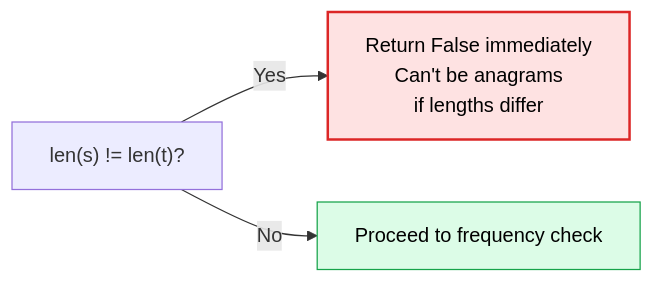
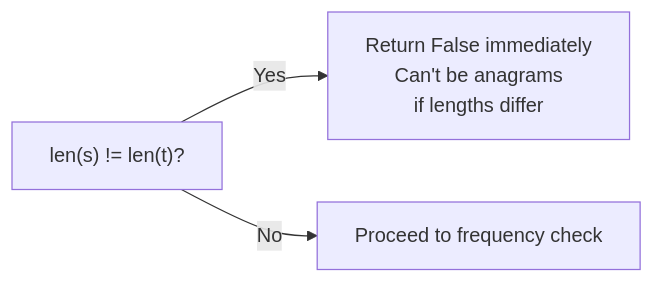
One commit to M-F-Tushar/LeetCode-Problem-Solving changed the third of 15 diagrams in 03 - Valid Anagram/README.md. Above: the diagram before and after it, drawn with Mermaid. The commit also changed other lines of this file and 6 other files, not shown here.

Commit message:
added 06 - Is Subsequence, 07 - Longest Consecutive Sequence

````diff
--- a/03 - Valid Anagram/README.md
+++ b/03 - Valid Anagram/README.md
@@ -94,8 +96,6 @@
 ```mermaid
 flowchart LR
     A["len(s) != len(t)?"] -- Yes --> B["Return False immediately\nCan't be anagrams\nif lengths differ"]
     A -- No --> C["Proceed to frequency check"]
 
-    style B fill:#fee2e2,stroke:#dc2626,stroke-width:2px,color:#000000
-    style C fill:#dcfce7,stroke:#16a34a,color:#000000
 ```
````
